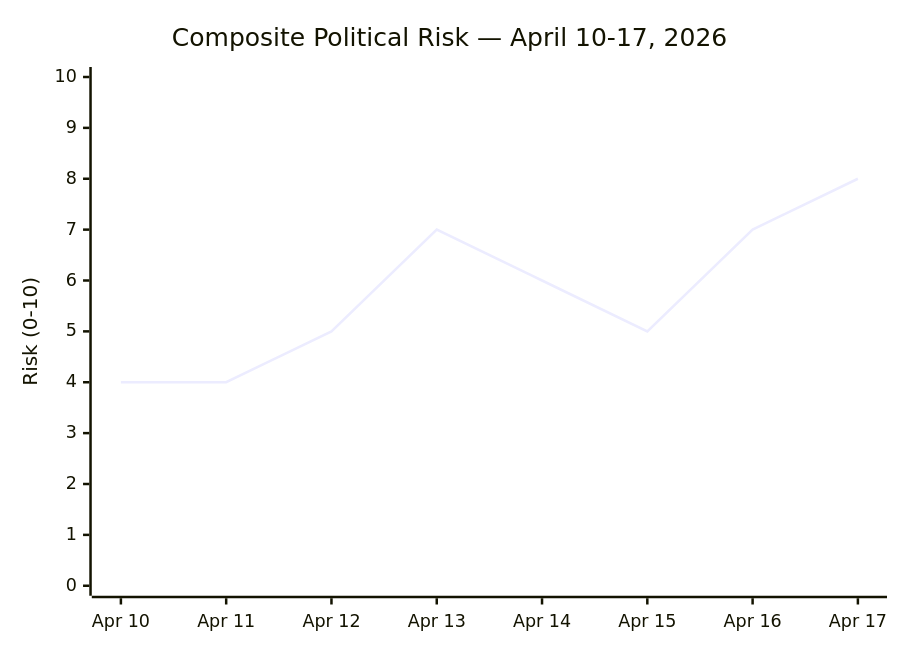
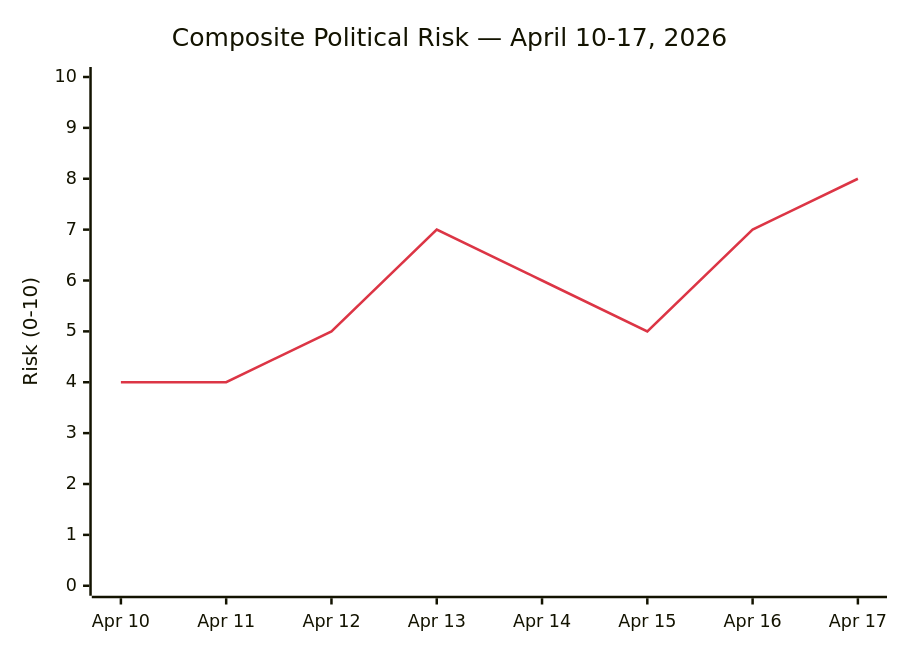
Before and after one commit to Hack23/riksdagsmonitor: the second of 3 diagrams in analysis/daily/2026-04-17/realtime-1434/risk-assessment.md, drawn with Mermaid. The commit also changed other lines of this file and 5 other files, not shown here.

````diff
--- a/analysis/daily/2026-04-17/realtime-1434/risk-assessment.md
+++ b/analysis/daily/2026-04-17/realtime-1434/risk-assessment.md
@@ -119,7 +121,14 @@
 ```mermaid
+---
+config:
+    themeVariables:
+        xyChart:
+            plotColorPalette: "#dc3545"
+---
 xychart-beta
     title "Composite Political Risk — April 10-17, 2026"
     x-axis ["Apr 10", "Apr 11", "Apr 12", "Apr 13", "Apr 14", "Apr 15", "Apr 16", "Apr 17"]
     y-axis "Risk (0-10)" 0 --> 10
     line [4, 4, 5, 7, 6, 5, 7, 8]
+%% Line color: fill:#dc3545 (red) via plotColorPalette theme variable
 ```
````
